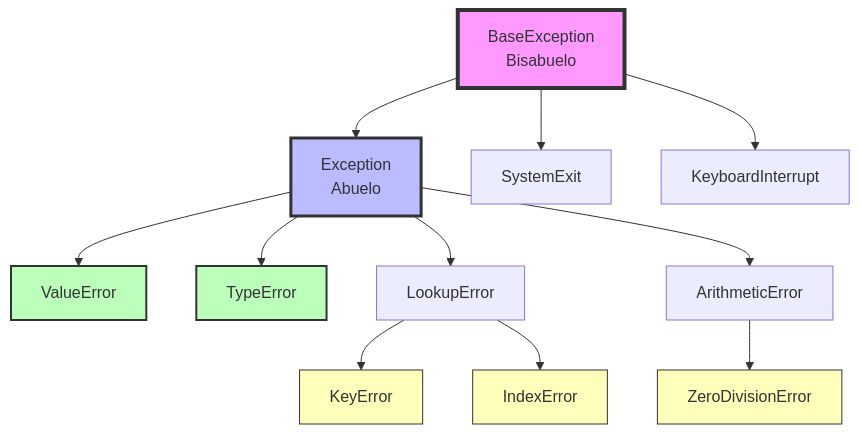
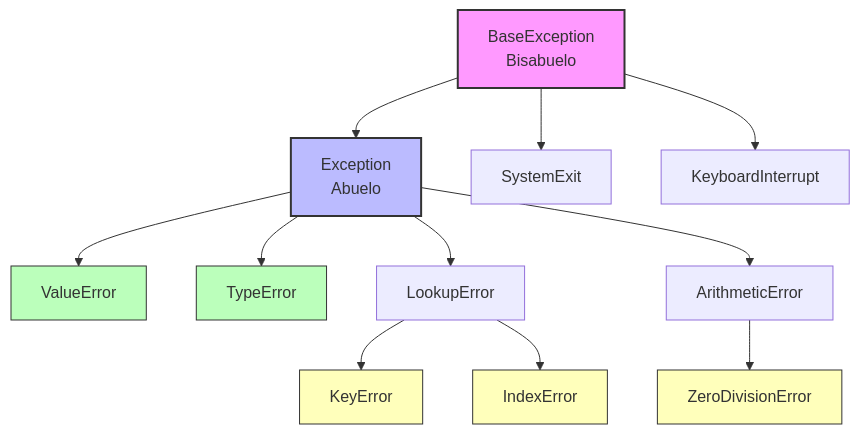
The first of 2 diagrams in B_excepciones.md (INGCOM-UNRN/apunte-ingreso), drawn with Mermaid before and after one commit. The commit also changed other lines of this file, not shown here.

````diff
--- a/B_excepciones.md
+++ b/B_excepciones.md
@@ -294,21 +293,21 @@
 ```{mermaid}
 graph TD
     A[BaseException<br/>Bisabuelo] --> B[Exception<br/>Abuelo]
     A --> C[SystemExit]
     A --> D[KeyboardInterrupt]
-    B --> E[ValueError<br/>]
-    B --> F[TypeError<br/>]
-    B --> G[LookupError<br/>]
-    B --> H[ArithmeticError<br/>]
-    G --> I[KeyError ]
+    B --> E[ValueError]
+    B --> F[TypeError]
+    B --> G[LookupError]
+    B --> H[ArithmeticError]
+    G --> I[KeyError]
     G --> J[IndexError]
     H --> K[ZeroDivisionError]
     
-    style A fill:#f9f,stroke:#333,stroke-width:4px
-    style B fill:#bbf,stroke:#333,stroke-width:3px
-    style E fill:#bfb,stroke:#333,stroke-width:2px
-    style F fill:#bfb,stroke:#333,stroke-width:2px
+    style A fill:#f9f,stroke:#333,stroke-width:2px
+    style B fill:#bbf,stroke:#333,stroke-width:2px
+    style E fill:#bfb,stroke:#333,stroke-width:1px
+    style F fill:#bfb,stroke:#333,stroke-width:1px
     style I fill:#ffb,stroke:#333,stroke-width:1px
     style J fill:#ffb,stroke:#333,stroke-width:1px
     style K fill:#ffb,stroke:#333,stroke-width:1px
 ```
````
